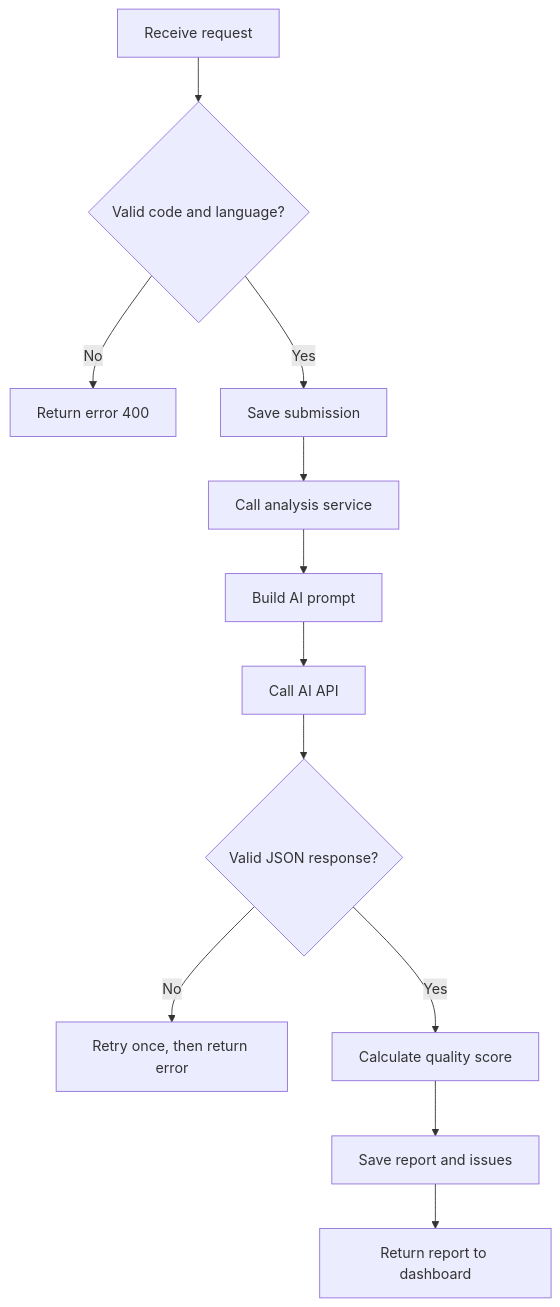
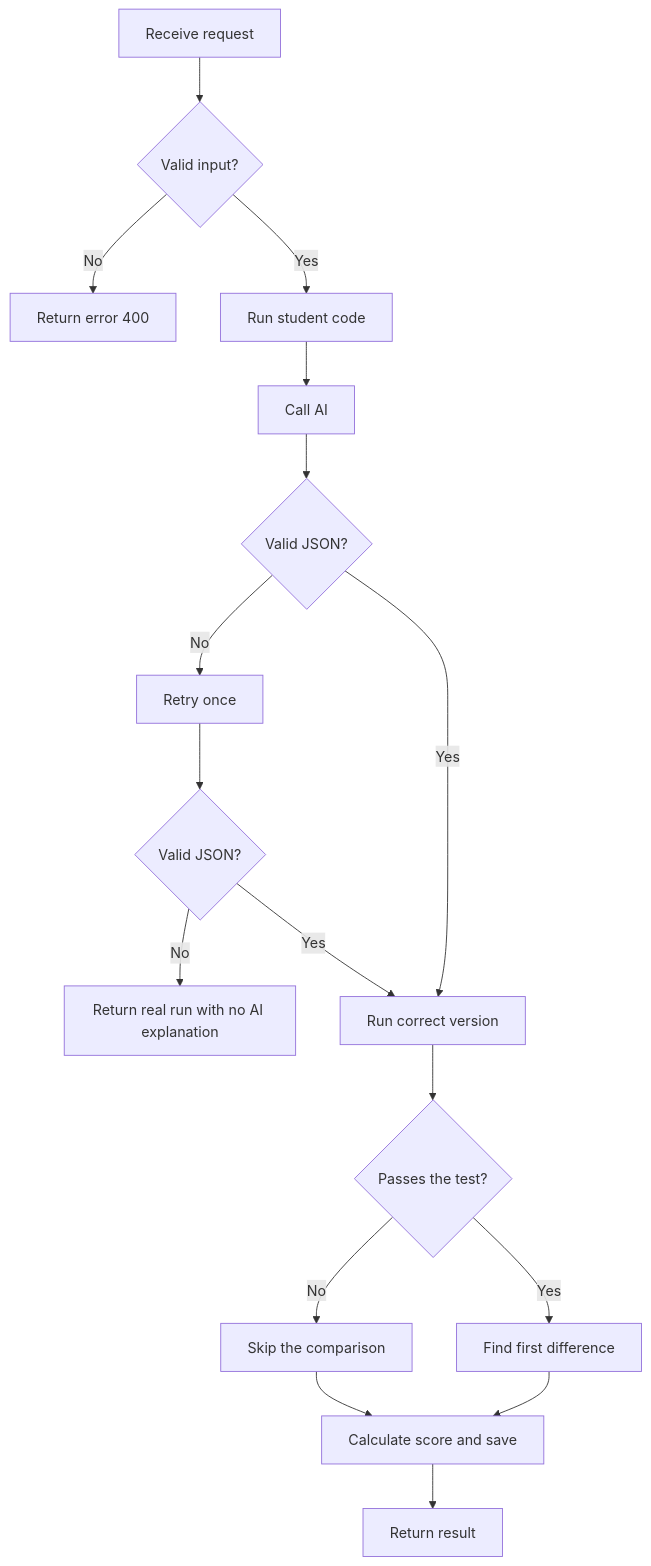
Before and after one commit to Anujpal-15th/ai-code-review-platform: the third of 3 diagrams in docs/architecture.md, drawn with Mermaid. The commit also changed other lines of this file and 11 other files, not shown here.

````diff
--- a/docs/architecture.md
+++ b/docs/architecture.md
@@ -47,14 +63,19 @@
 ```mermaid
 flowchart TD
-    A[Receive request] --> B{Valid code and language?}
+    A[Receive request] --> B{Valid input?}
     B -- No --> C[Return error 400]
-    B -- Yes --> D[Save submission]
-    D --> E[Call analysis service]
-    E --> F[Build AI prompt]
-    F --> G[Call AI API]
-    G --> H{Valid JSON response?}
-    H -- No --> I[Retry once, then return error]
-    H -- Yes --> J[Calculate quality score]
-    J --> K[Save report and issues]
-    K --> L[Return report to dashboard]
+    B -- Yes --> D[Run student code]
+    D --> E[Call AI]
+    E --> F{Valid JSON?}
+    F -- No --> G[Retry once]
+    G --> H{Valid JSON?}
+    H -- No --> I[Return real run with no AI explanation]
+    H -- Yes --> J[Run correct version]
+    F -- Yes --> J
+    J --> K{Passes the test?}
+    K -- No --> L[Skip the comparison]
+    K -- Yes --> M[Find first difference]
+    L --> N[Calculate score and save]
+    M --> N
+    N --> O[Return result]
 ```
````
